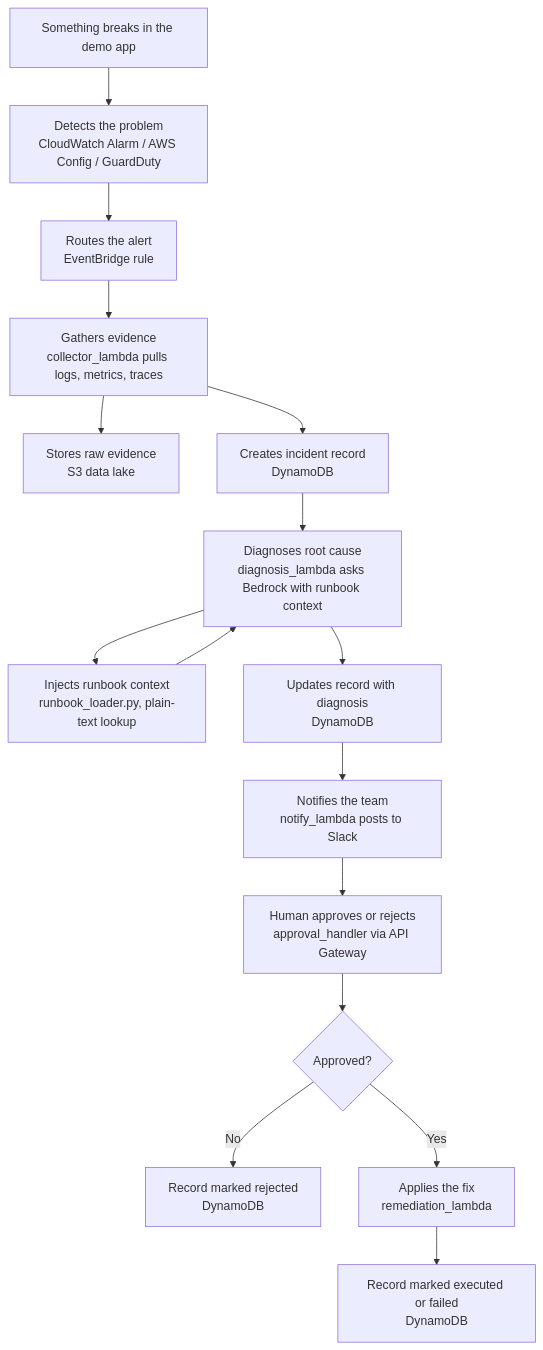
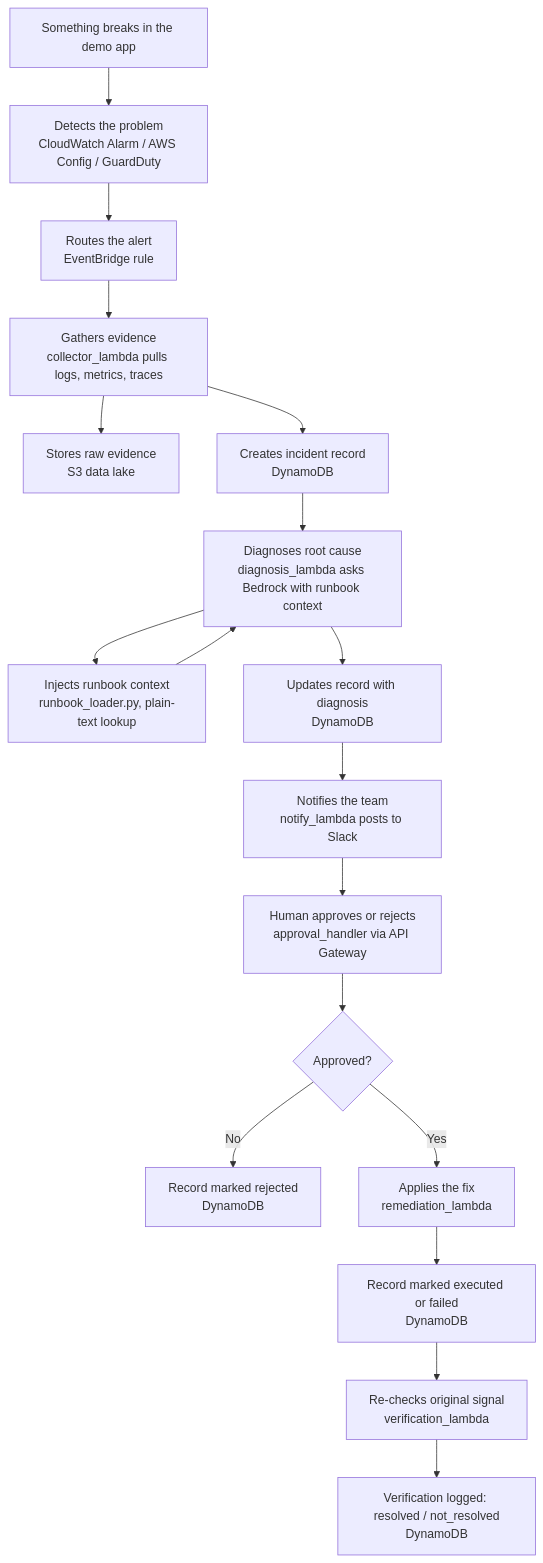
The first of 2 diagrams in README.md (sarthakbhagia/LLM-Assisted-Cloud-Incident-Response-AWS-SBG), drawn with Mermaid before and after one commit. The commit also changed other lines of this file, not shown here.

````diff
--- a/README.md
+++ b/README.md
@@ -36,18 +34,20 @@
 ```mermaid
 flowchart TD
     A[Something breaks in the demo app] --> B[Detects the problem<br/>CloudWatch Alarm / AWS Config / GuardDuty]
     B --> C[Routes the alert<br/>EventBridge rule]
     C --> D[Gathers evidence<br/>collector_lambda pulls logs, metrics, traces]
     D --> E[Stores raw evidence<br/>S3 data lake]
     D --> F[Creates incident record<br/>DynamoDB]
     F --> G[Diagnoses root cause<br/>diagnosis_lambda asks Bedrock with runbook context]
     G --> H[Injects runbook context<br/>runbook_loader.py, plain-text lookup]
     H --> G
     G --> F2[Updates record with diagnosis<br/>DynamoDB]
     F2 --> I[Notifies the team<br/>notify_lambda posts to Slack]
     I --> J[Human approves or rejects<br/>approval_handler via API Gateway]
     J --> K{Approved?}
     K -- No --> F3[Record marked rejected<br/>DynamoDB]
     K -- Yes --> L[Applies the fix<br/>remediation_lambda]
     L --> F4[Record marked executed or failed<br/>DynamoDB]
+    F4 --> M[Re-checks original signal<br/>verification_lambda]
+    M --> F5[Verification logged: resolved / not_resolved<br/>DynamoDB]
 ```
````
